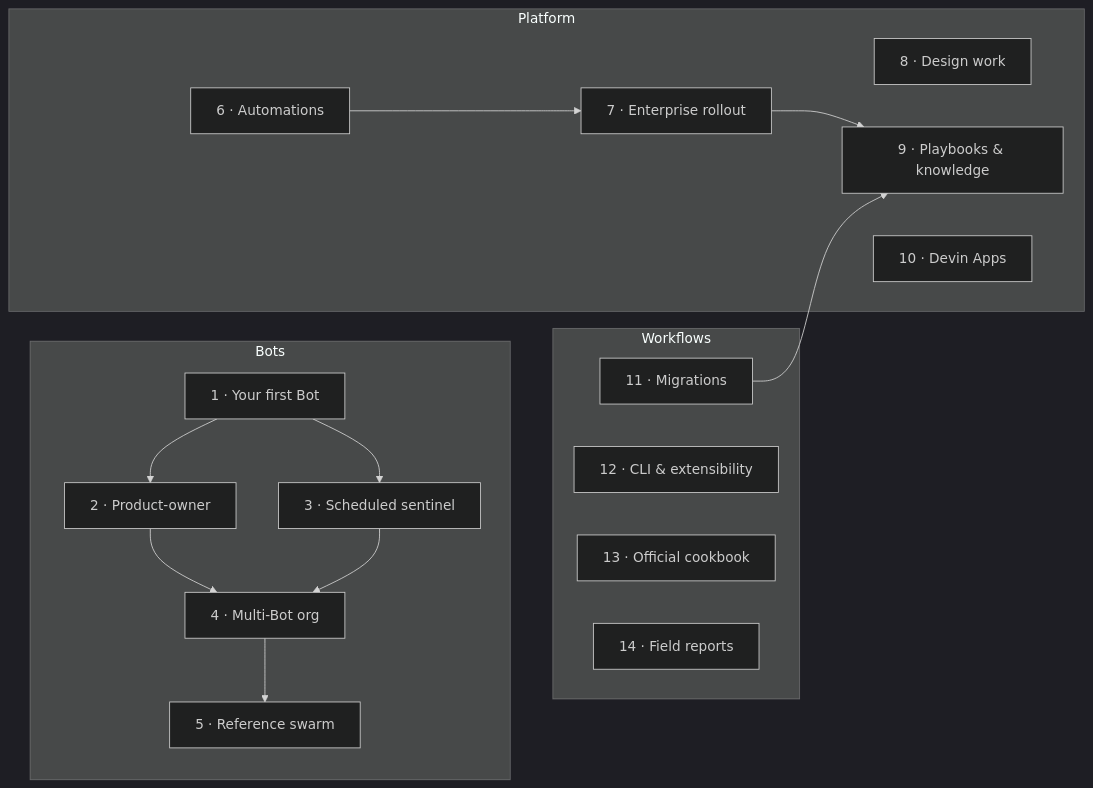
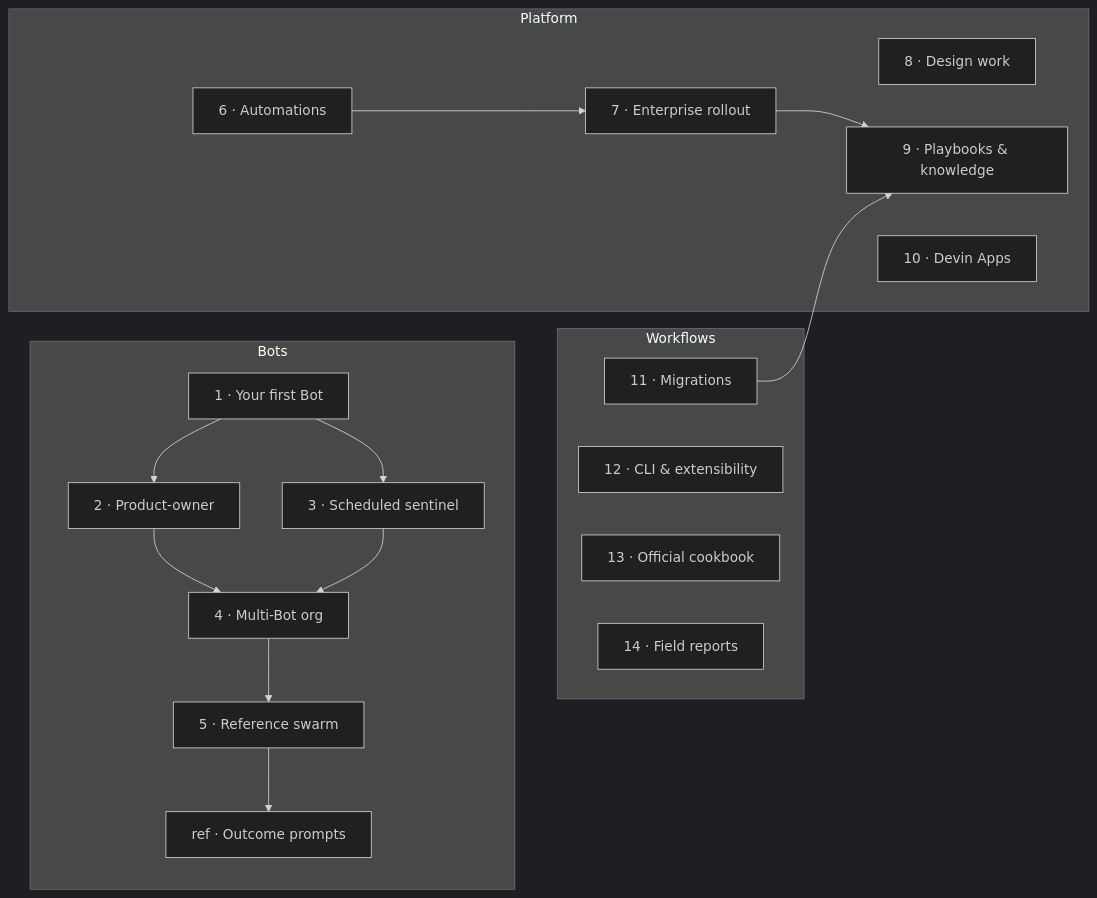
Before and after one commit to Till3005/build-with-devin: the diagram in README.md, drawn with Mermaid (dark theme). The commit also changed other lines of this file and 1 other file, not shown here.

Commit message:
Add guide: bot outcome prompts dissected

````diff
--- a/README.md
+++ b/README.md
@@ -27,24 +27,25 @@
 ```mermaid
 flowchart LR
     subgraph Bots
       G1["1 · Your first Bot"] --> G2["2 · Product-owner"]
       G1 --> G3["3 · Scheduled sentinel"]
       G2 --> G4["4 · Multi-Bot org"]
       G3 --> G4
       G4 --> G5["5 · Reference swarm"]
+      G5 --> GP["ref · Outcome prompts"]
     end
     subgraph Platform
       G6["6 · Automations"] --> G7["7 · Enterprise rollout"]
       G8["8 · Design work"]
       G9["9 · Playbooks & knowledge"]
       G10["10 · Devin Apps"]
     end
     subgraph Workflows
       G11["11 · Migrations"]
       G12["12 · CLI & extensibility"]
       G13["13 · Official cookbook"]
       G14["14 · Field reports"]
     end
     G7 --> G9
     G11 --> G9
 ```
````
